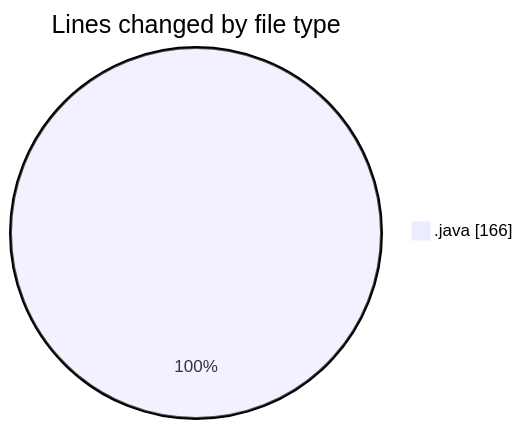
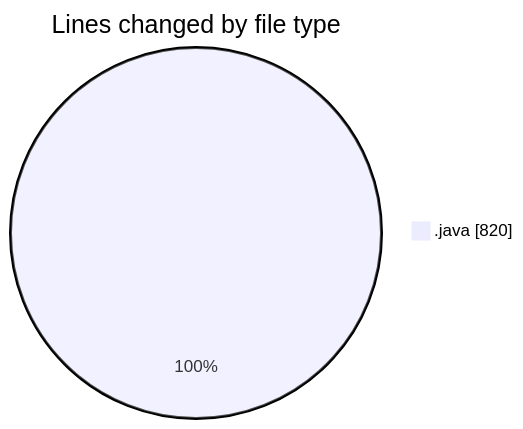
Before and after one commit to hasnaa123/code-tracking: the first of 2 diagrams in 2025-12-25/java_basics/README.md, drawn with Mermaid. The commit also changed other lines of this file and 1 other file, not shown here.

````diff
--- a/2025-12-25/java_basics/README.md
+++ b/2025-12-25/java_basics/README.md
@@ -22,5 +29,5 @@
 ```mermaid
 pie showData
 title Lines changed by file type
-".java" : 166
+".java" : 820
 ```
````
